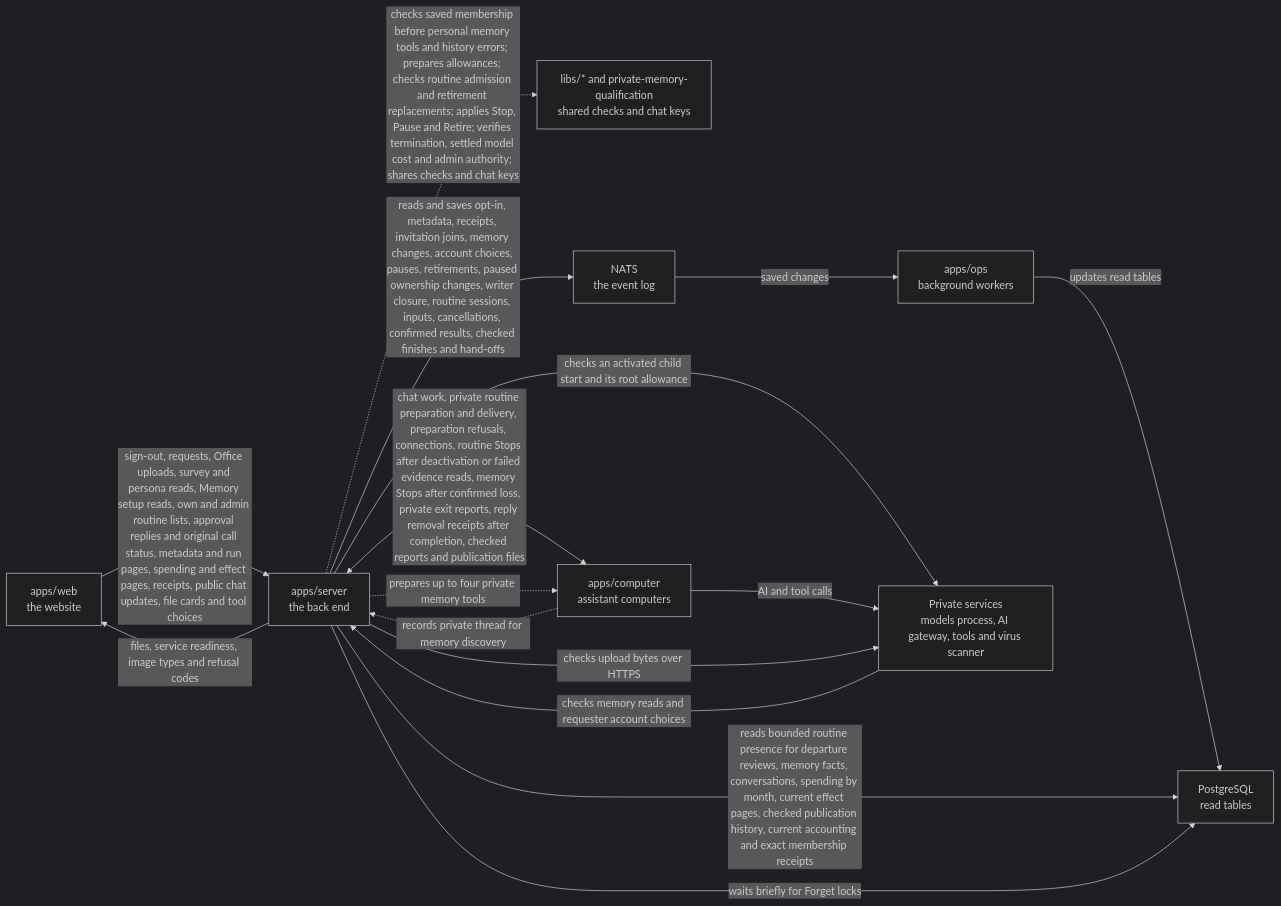
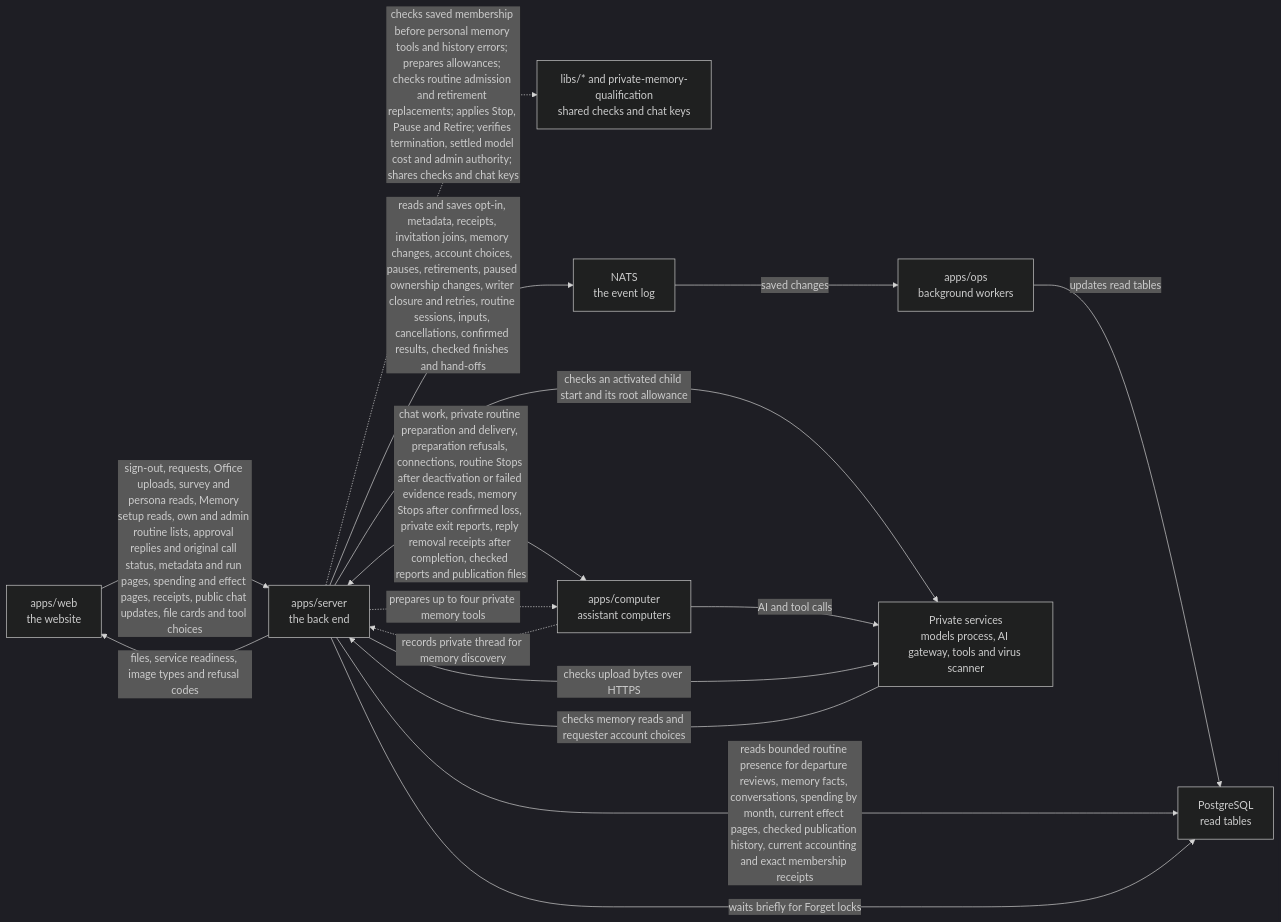
The diagram in apps/server/README.md (elewa-git/opencrane-new), drawn with Mermaid (dark theme) before and after one commit. The commit also changed other lines of this file and 11 other files, not shown here.

Commit message:
🐛 Close queued writer input on deadline and resolve end retries

````diff
--- a/apps/server/README.md
+++ b/apps/server/README.md
@@ -212,18 +214,18 @@
 ```mermaid
 flowchart LR
   web["apps/web<br/>the website"] -->|sign-out, requests, Office uploads, survey and persona reads, Memory setup reads, own and admin routine lists, approval replies and original call status, metadata and run pages, spending and effect pages, receipts, public chat updates, file cards and tool choices| server["apps/server<br/>the back end"]
   server -.->|checks saved membership before personal memory tools and history errors; prepares allowances; checks routine admission and retirement replacements; applies Stop, Pause and Retire; verifies termination, settled model cost and admin authority; shares checks and chat keys| libs["libs/* and private-memory-qualification<br/>shared checks and chat keys"]
-  server -->|reads and saves opt-in, metadata, receipts, invitation joins, memory changes, account choices, pauses, retirements, paused ownership changes, writer closure, routine sessions, inputs, cancellations, confirmed results, checked finishes and hand-offs| nats["NATS<br/>the event log"]
+  server -->|reads and saves opt-in, metadata, receipts, invitation joins, memory changes, account choices, pauses, retirements, paused ownership changes, writer closure and retries, routine sessions, inputs, cancellations, confirmed results, checked finishes and hand-offs| nats["NATS<br/>the event log"]
   nats -->|saved changes| ops["apps/ops<br/>background workers"]
   ops -->|updates read tables| postgres["PostgreSQL<br/>read tables"]
   server -->|reads bounded routine presence for departure reviews, memory facts, conversations, spending by month, current effect pages, checked publication history, current accounting and exact membership receipts| postgres
   server -->|waits briefly for Forget locks| postgres
   server <-->|chat work, private routine preparation and delivery, preparation refusals, connections, routine Stops after deactivation or failed evidence reads, memory Stops after confirmed loss, private exit reports, reply removal receipts after completion, checked reports and publication files| computer["apps/computer<br/>assistant computers"]
   server -->|checks an activated child start and its root allowance| runtime
   computer -.->|records private thread for memory discovery| server
   server -.->|prepares up to four private memory tools| computer
   computer -->|AI and tool calls| runtime["Private services<br/>models process, AI gateway, tools and virus scanner"]
   server -->|files, service readiness, image types and refusal codes| web
   server -->|checks upload bytes over HTTPS| runtime
   runtime -->|checks memory reads and requester account choices| server
 ```
````
